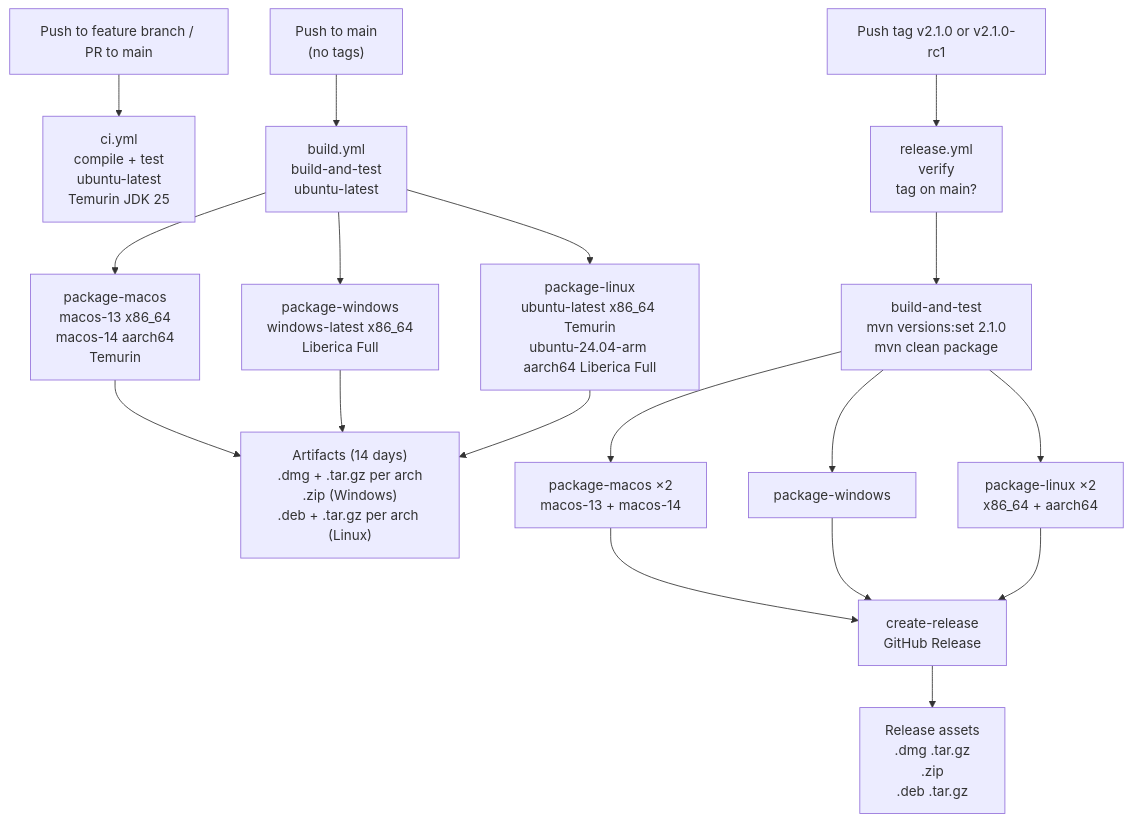
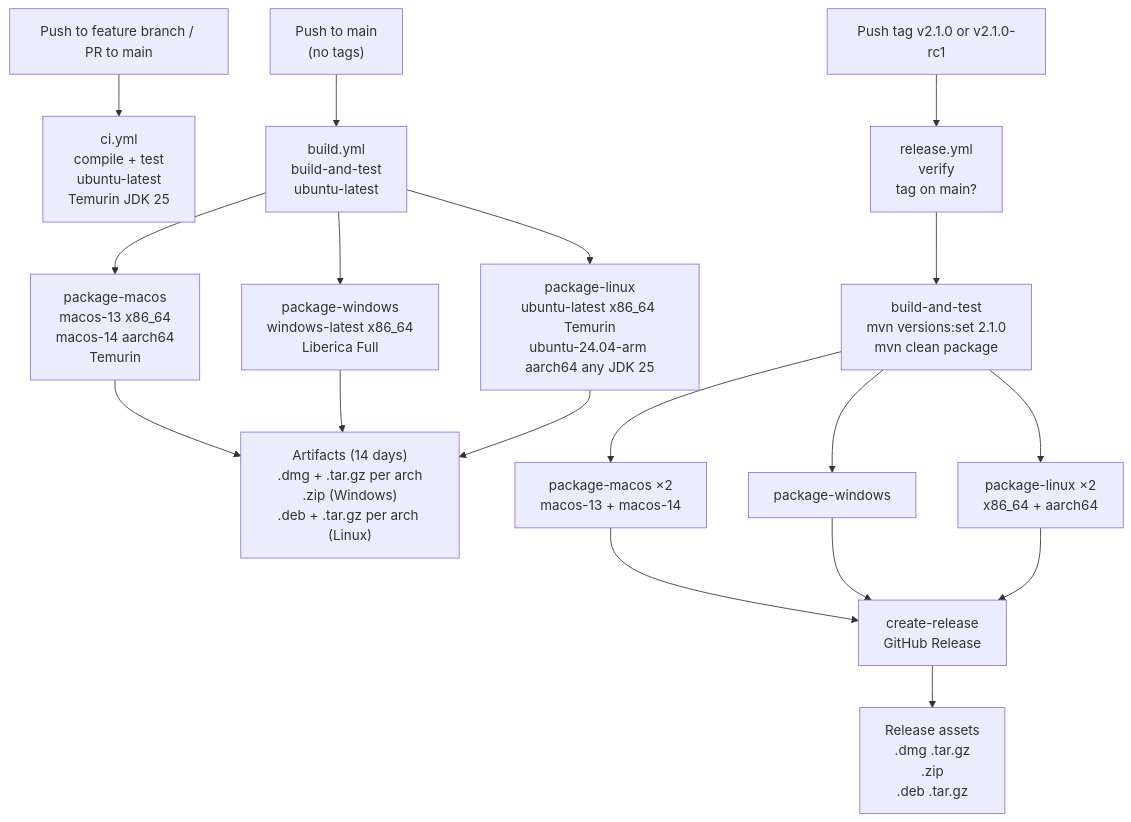
The diagram in docs/developers/guides/cicd-pipeline.md (sanyokkua/renamer_app), drawn with Mermaid before and after one commit. The commit also changed other lines of this file and 5 other files, not shown here.

````diff
--- a/docs/developers/guides/cicd-pipeline.md
+++ b/docs/developers/guides/cicd-pipeline.md
@@ -18,20 +18,20 @@
 ```mermaid
 flowchart TD
     A["Push to feature branch / PR to main"] --> CI["ci.yml\ncompile + test\nubuntu-latest\nTemurin JDK 25"]
     B["Push to main\n(no tags)"] --> BT["build.yml\nbuild-and-test\nubuntu-latest"]
     BT --> BM["package-macos\nmacos-13 x86_64\nmacos-14 aarch64\nTemurin"]
     BT --> BW["package-windows\nwindows-latest x86_64\nLiberica Full"]
-    BT --> BL["package-linux\nubuntu-latest x86_64 Temurin\nubuntu-24.04-arm aarch64 Liberica Full"]
+    BT --> BL["package-linux\nubuntu-latest x86_64 Temurin\nubuntu-24.04-arm aarch64 any JDK 25"]
     BM --> BA["Artifacts (14 days)\n.dmg + .tar.gz per arch\n.zip (Windows)\n.deb + .tar.gz per arch (Linux)"]
     BW --> BA
     BL --> BA
     C["Push tag v2.1.0 or v2.1.0-rc1"] --> RV["release.yml\nverify\ntag on main?"]
     RV --> RBT["build-and-test\nmvn versions:set 2.1.0\nmvn clean package"]
     RBT --> RM["package-macos ×2\nmacos-13 + macos-14"]
     RBT --> RW["package-windows"]
     RBT --> RL["package-linux ×2\nx86_64 + aarch64"]
     RM --> RC["create-release\nGitHub Release"]
     RW --> RC
     RL --> RC
     RC --> RF["Release assets\n.dmg .tar.gz\n.zip\n.deb .tar.gz"]
 ```
````
